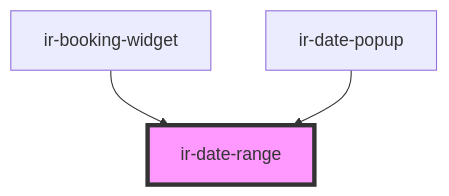
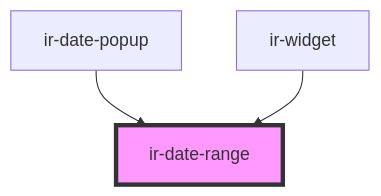
The diagram in src/components/ui/ir-date-range/readme.md (RonyRizk/ir-be), drawn with Mermaid before and after one commit. The commit also changed other lines of this file and 144 other files, not shown here.

````diff
--- a/src/components/ui/ir-date-range/readme.md
+++ b/src/components/ui/ir-date-range/readme.md
@@ -37,6 +37,6 @@
 ```mermaid
 graph TD;
-  ir-booking-widget --> ir-date-range
   ir-date-popup --> ir-date-range
+  ir-widget --> ir-date-range
   style ir-date-range fill:#f9f,stroke:#333,stroke-width:4px
 ```
````
